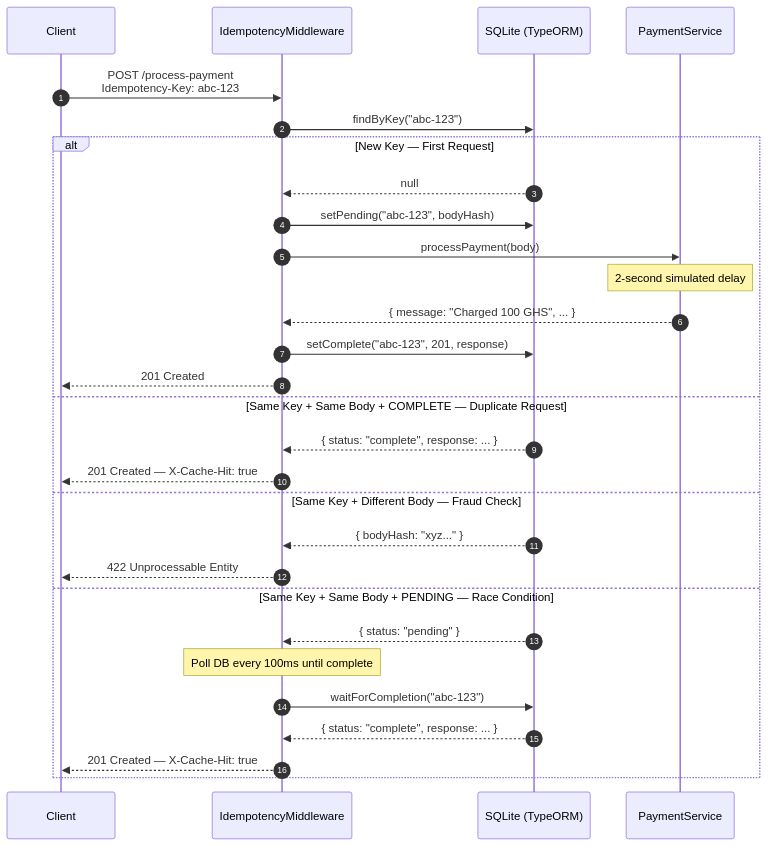
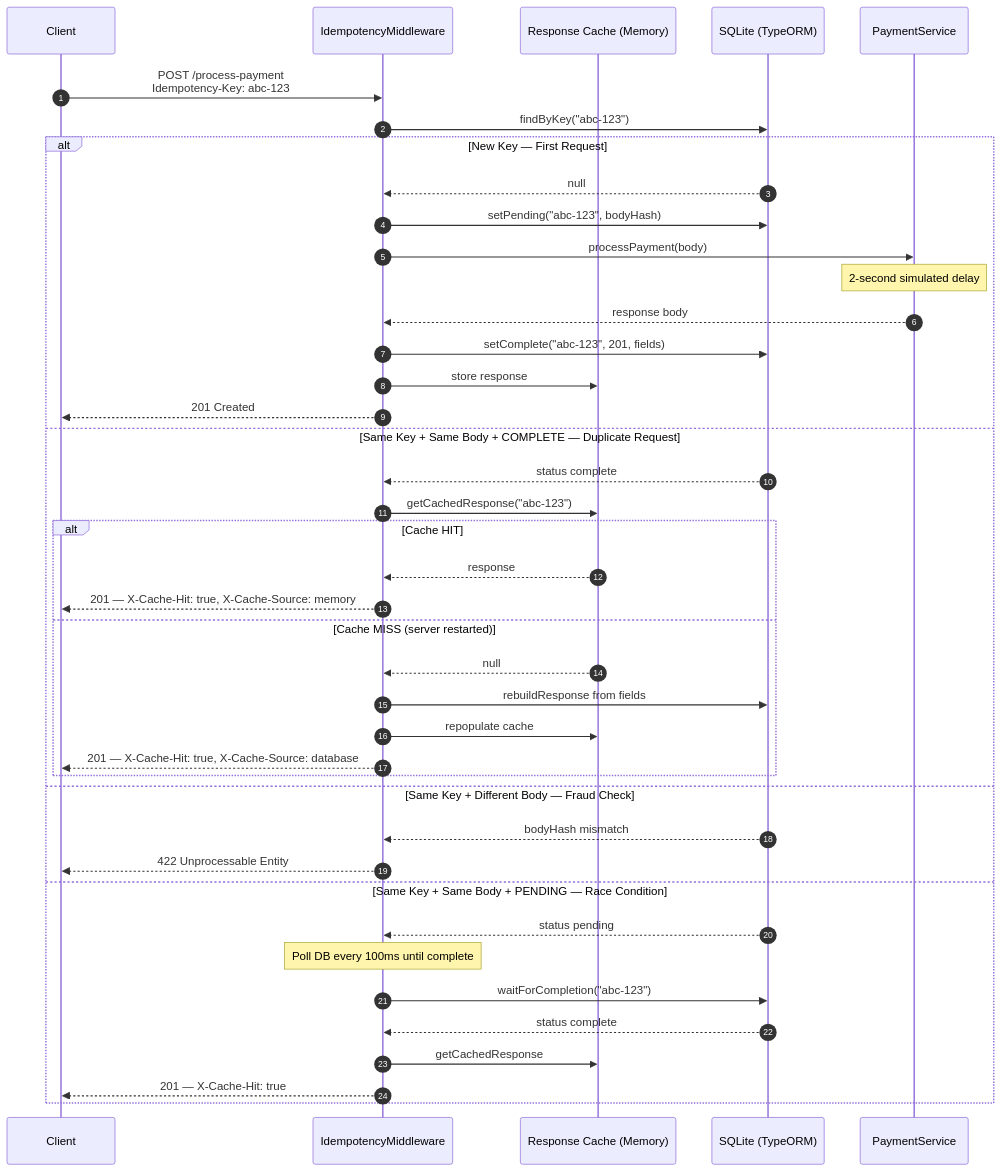
One commit to PBentil/Idempotency-Gateway changed the diagram in README.md. Above: the diagram before and after it, drawn with Mermaid. The commit also changed other lines of this file, not shown here.

Commit message:
docs: update README with cache strategy, validation rules and new response headers

````diff
--- a/README.md
+++ b/README.md
@@ -20,37 +20,49 @@
 ```mermaid
 sequenceDiagram
     autonumber
     participant Client
     participant Middleware as IdempotencyMiddleware
+    participant Cache as Response Cache (Memory)
     participant DB as SQLite (TypeORM)
     participant Service as PaymentService
 
     Client->>Middleware: POST /process-payment<br/>Idempotency-Key: abc-123
 
     Middleware->>DB: findByKey("abc-123")
 
     alt New Key — First Request
         DB-->>Middleware: null
         Middleware->>DB: setPending("abc-123", bodyHash)
         Middleware->>Service: processPayment(body)
         Note over Service: 2-second simulated delay
-        Service-->>Middleware: { message: "Charged 100 GHS", ... }
-        Middleware->>DB: setComplete("abc-123", 201, response)
+        Service-->>Middleware: response body
+        Middleware->>DB: setComplete("abc-123", 201, fields)
+        Middleware->>Cache: store response
         Middleware-->>Client: 201 Created
 
     else Same Key + Same Body + COMPLETE — Duplicate Request
-        DB-->>Middleware: { status: "complete", response: ... }
-        Middleware-->>Client: 201 Created — X-Cache-Hit: true
+        DB-->>Middleware: status complete
+        Middleware->>Cache: getCachedResponse("abc-123")
+        alt Cache HIT
+            Cache-->>Middleware: response
+            Middleware-->>Client: 201 — X-Cache-Hit: true, X-Cache-Source: memory
+        else Cache MISS (server restarted)
+            Cache-->>Middleware: null
+            Middleware->>DB: rebuildResponse from fields
+            Middleware->>Cache: repopulate cache
+            Middleware-->>Client: 201 — X-Cache-Hit: true, X-Cache-Source: database
+        end
 
     else Same Key + Different Body — Fraud Check
-        DB-->>Middleware: { bodyHash: "xyz..." }
+        DB-->>Middleware: bodyHash mismatch
         Middleware-->>Client: 422 Unprocessable Entity
 
     else Same Key + Same Body + PENDING — Race Condition
-        DB-->>Middleware: { status: "pending" }
+        DB-->>Middleware: status pending
         Note over Middleware: Poll DB every 100ms until complete
         Middleware->>DB: waitForCompletion("abc-123")
-        DB-->>Middleware: { status: "complete", response: ... }
-        Middleware-->>Client: 201 Created — X-Cache-Hit: true
+        DB-->>Middleware: status complete
+        Middleware->>Cache: getCachedResponse
+        Middleware-->>Client: 201 — X-Cache-Hit: true
     end
 ```
````
